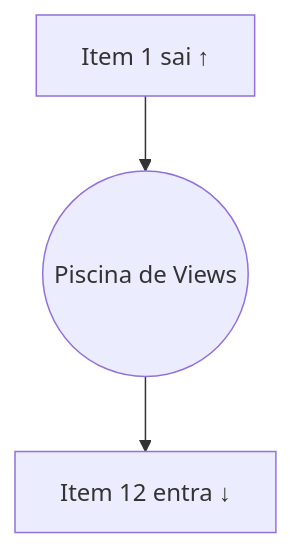
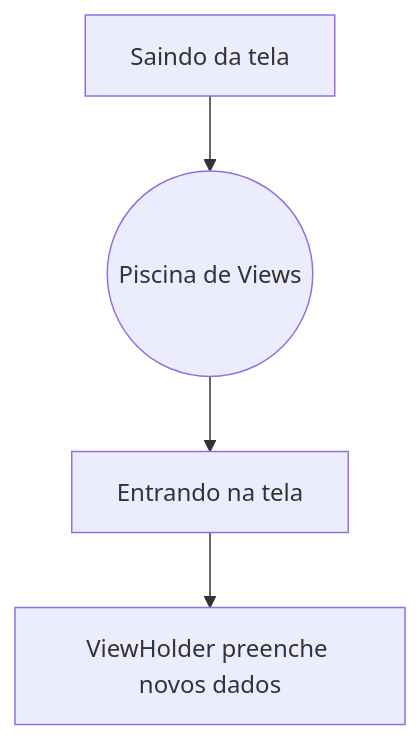
The diagram in docs/slides/src/slide-09.md (ricardotecpro/ads_mod_11_qualidade_e_testes_de_software), drawn with Mermaid before and after one commit. The commit also changed other lines of this file and 186 other files, not shown here.

````diff
--- a/docs/slides/src/slide-09.md
+++ b/docs/slides/src/slide-09.md
@@ -30,5 +26,6 @@
 ```mermaid
 graph TD
-    A[Item 1 sai ↑] --> P((Piscina de Views))
-    P --> B[Item 12 entra ↓]
+    A[Saindo da tela] --> B((Piscina de Views))
+    B --> C[Entrando na tela]
+    C --> D[ViewHolder preenche novos dados]
 ```
````
